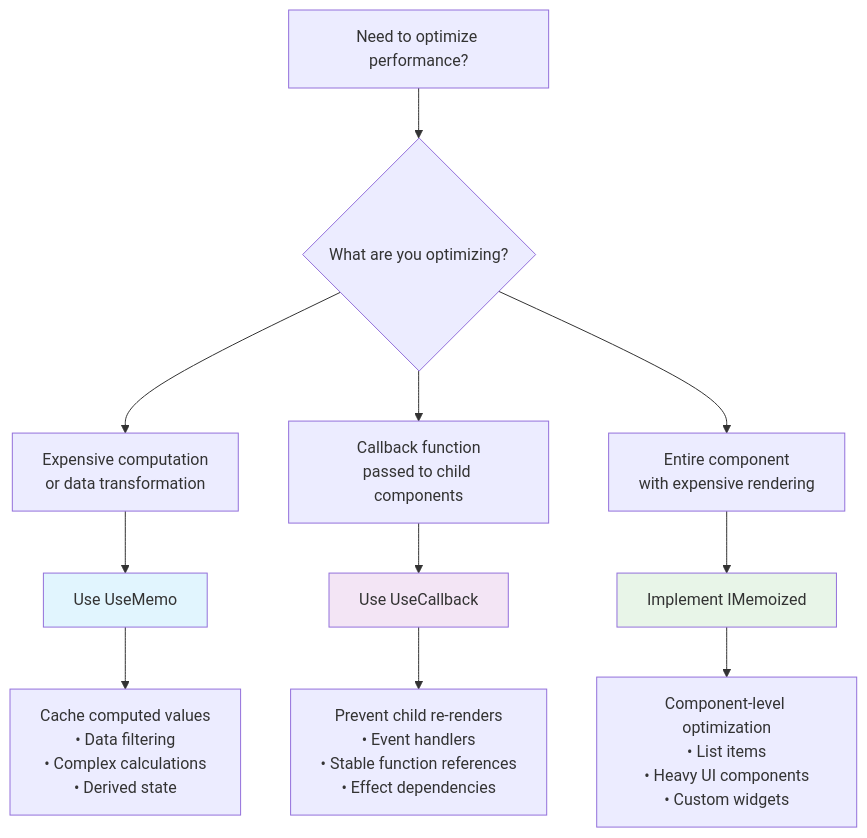
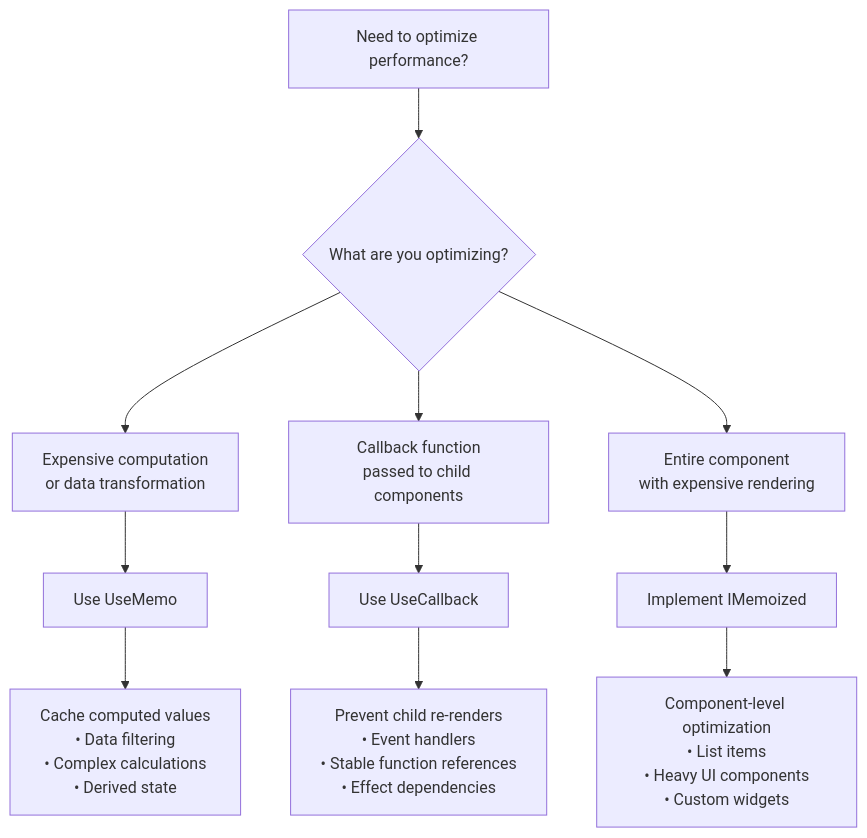
Before and after one commit to svetlana-soboleva/Ivy-Framework: the first of 4 diagrams in Ivy.Docs.Shared/Docs/01_Onboarding/02_Concepts/Memoization.md, drawn with Mermaid. The commit also changed other lines of this file, not shown here.

````diff
--- a/Ivy.Docs.Shared/Docs/01_Onboarding/02_Concepts/Memoization.md
+++ b/Ivy.Docs.Shared/Docs/01_Onboarding/02_Concepts/Memoization.md
@@ -19,20 +19,16 @@
 ```mermaid
 flowchart TD
     A["Need to optimize performance?"] --> B{What are you optimizing?}
     
     B --> C["Expensive computation<br/>or data transformation"]
     B --> D["Callback function<br/>passed to child components"]
     B --> E["Entire component<br/>with expensive rendering"]
     
     C --> F["Use UseMemo"]
     D --> G["Use UseCallback"]
     E --> H["Implement IMemoized"]
     
     F --> I["Cache computed values<br/>• Data filtering<br/>• Complex calculations<br/>• Derived state"]
     G --> J["Prevent child re-renders<br/>• Event handlers<br/>• Stable function references<br/>• Effect dependencies"]
     H --> K["Component-level optimization<br/>• List items<br/>• Heavy UI components<br/>• Custom widgets"]
-    
-    style F fill:#e1f5fe
-    style G fill:#f3e5f5
-    style H fill:#e8f5e8
 ```
````
